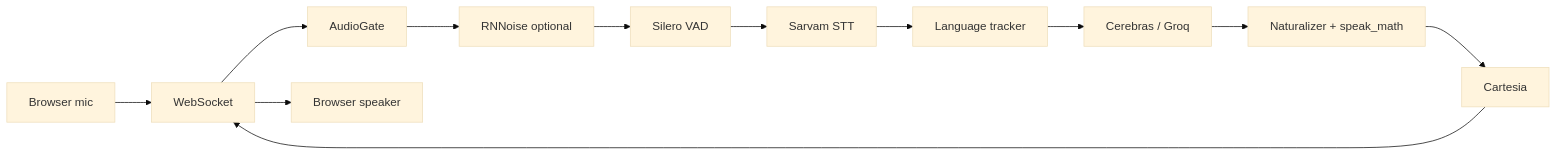
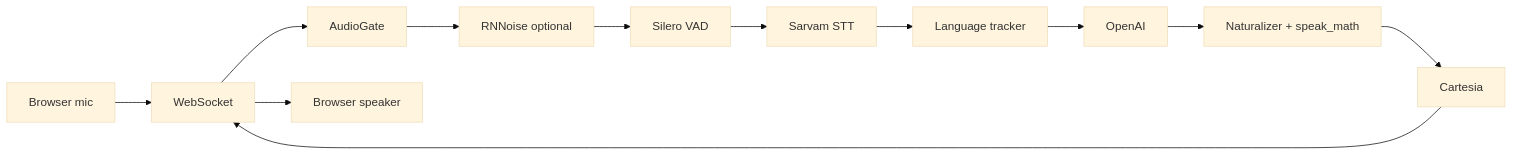
One commit to v-i-s-h-a-l-l/real-time-live-agent changed the third of 4 diagrams in README.md. Above: the diagram before and after it, drawn with Mermaid (base theme). The commit also changed other lines of this file and 96 other files, not shown here.

First line of the commit message:
Switch production LLM to OpenAI and align Railway, tests, and docs.

````diff
--- a/README.md
+++ b/README.md
@@ -303,14 +301,14 @@
 ```mermaid
 flowchart LR
   Mic[Browser mic] --> WS[WebSocket]
   WS --> Gate[AudioGate]
   Gate --> Denoise[RNNoise optional]
   Denoise --> VAD[Silero VAD]
   VAD --> STT[Sarvam STT]
   STT --> Lang[Language tracker]
-  Lang --> LLM[Cerebras / Groq]
+  Lang --> LLM[OpenAI]
   LLM --> Nat[Naturalizer + speak_math]
   Nat --> TTS[Cartesia]
   TTS --> WS
   WS --> Spk[Browser speaker]
 ```
````
